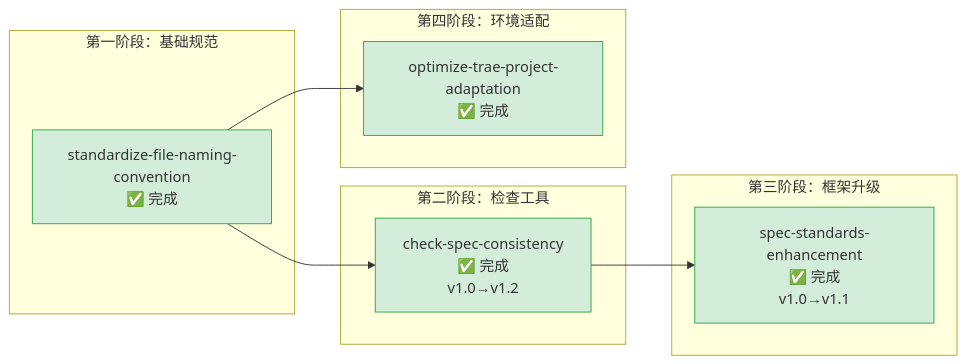
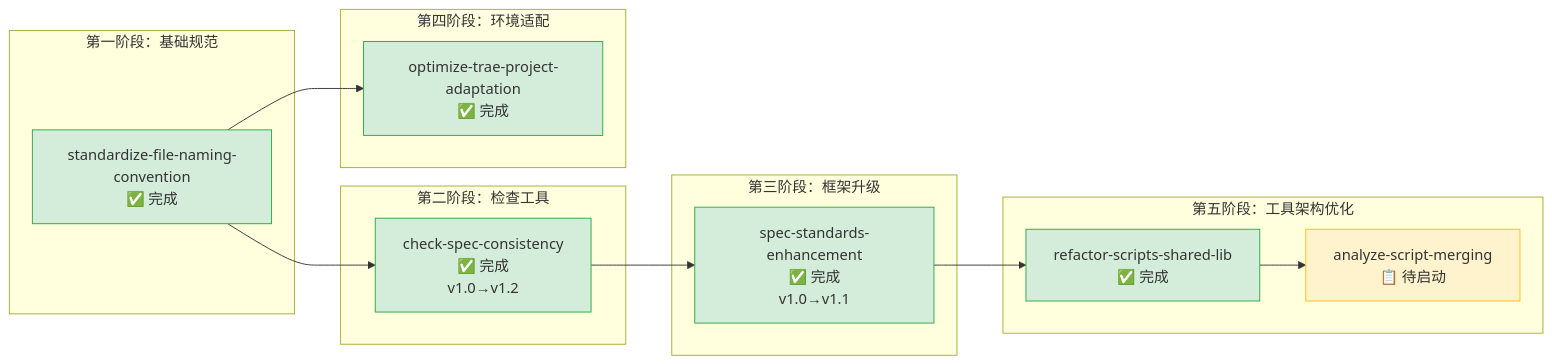
Before and after one commit to xinetzone/SpecWeave: the diagram in .trae/specs/standards-tools/README.md, drawn with Mermaid. The commit also changed other lines of this file and 5 other files, not shown here.

````diff
--- a/.trae/specs/standards-tools/README.md
+++ b/.trae/specs/standards-tools/README.md
@@ -24,22 +26,30 @@
 ```mermaid
 flowchart LR
     subgraph S1 ["第一阶段：基础规范"]
         SFNC["standardize-file-naming-convention<br>✅ 完成"]
     end
     subgraph S2 ["第二阶段：检查工具"]
         CSC["check-spec-consistency<br>✅ 完成<br>v1.0→v1.2"]
     end
     subgraph S3 ["第三阶段：框架升级"]
         SSE["spec-standards-enhancement<br>✅ 完成<br>v1.0→v1.1"]
     end
     subgraph S4 ["第四阶段：环境适配"]
         OTPA["optimize-trae-project-adaptation<br>✅ 完成"]
     end
+    subgraph S5 ["第五阶段：工具架构优化"]
+        RSL["refactor-scripts-shared-lib<br>✅ 完成"]
+        ASM["analyze-script-merging<br>📋 待启动"]
+    end
     SFNC --> CSC
     CSC --> SSE
     SFNC --> OTPA
+    SSE --> RSL
+    RSL --> ASM
     style SFNC fill:#d4edda,stroke:#28a745
     style CSC fill:#d4edda,stroke:#28a745
     style SSE fill:#d4edda,stroke:#28a745
     style OTPA fill:#d4edda,stroke:#28a745
+    style RSL fill:#d4edda,stroke:#28a745
+    style ASM fill:#fff3cd,stroke:#ffc107
 ```
````
